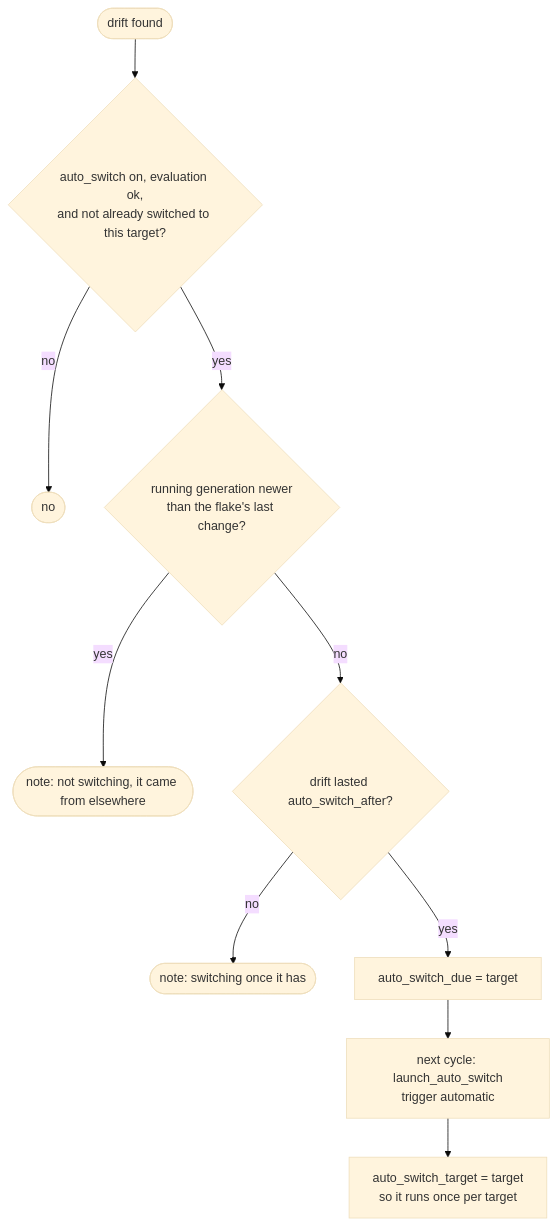
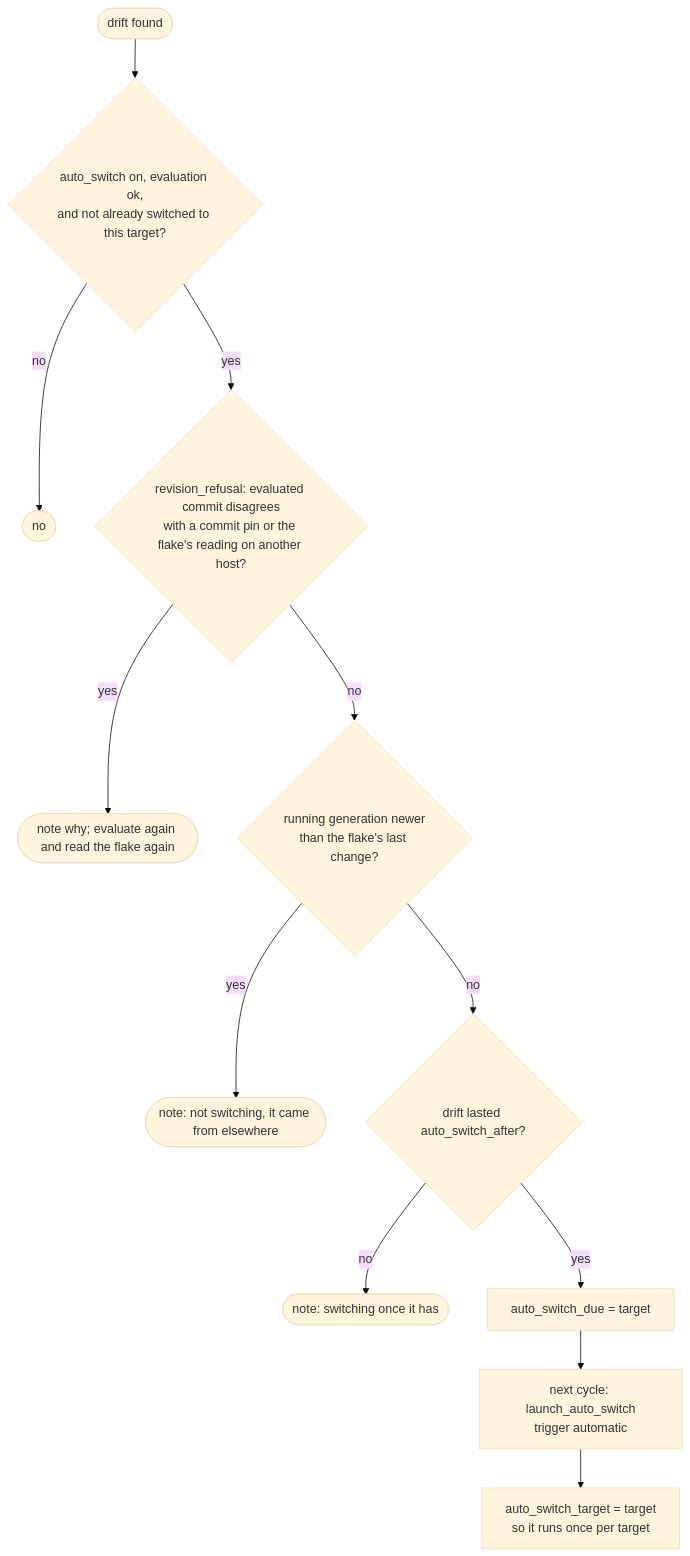
One commit to x-tech-laboratories/X-Nix changed the sixth of 20 diagrams in docs/developer/flows.md. Above: the diagram before and after it, drawn with Mermaid (base theme). The commit also changed other lines of this file and 13 other files, not shown here.

First line of the commit message:
fix(deployment): switch only to the evaluated system, built at the evaluated commit

````diff
--- a/docs/developer/flows.md
+++ b/docs/developer/flows.md
@@ -163,12 +163,14 @@
 ```mermaid
 flowchart TD
     drift([drift found]) --> on{auto_switch on, evaluation ok,<br/>and not already switched to this target?}
     on -- no --> stop([no])
-    on -- yes --> newer{running generation newer<br/>than the flake's last change?}
+    on -- yes --> revision{revision_refusal: evaluated commit disagrees<br/>with a commit pin or the flake's reading on another host?}
+    revision -- yes --> ask([note why; evaluate again and read the flake again])
+    revision -- no --> newer{running generation newer<br/>than the flake's last change?}
     newer -- yes --> refuse([note: not switching, it came from elsewhere])
     newer -- no --> long{drift lasted auto_switch_after?}
     long -- no --> wait([note: switching once it has])
     long -- yes --> due[auto_switch_due = target]
     due --> next[next cycle: launch_auto_switch<br/>trigger automatic]
     next --> mark[auto_switch_target = target<br/>so it runs once per target]
 ```
````
